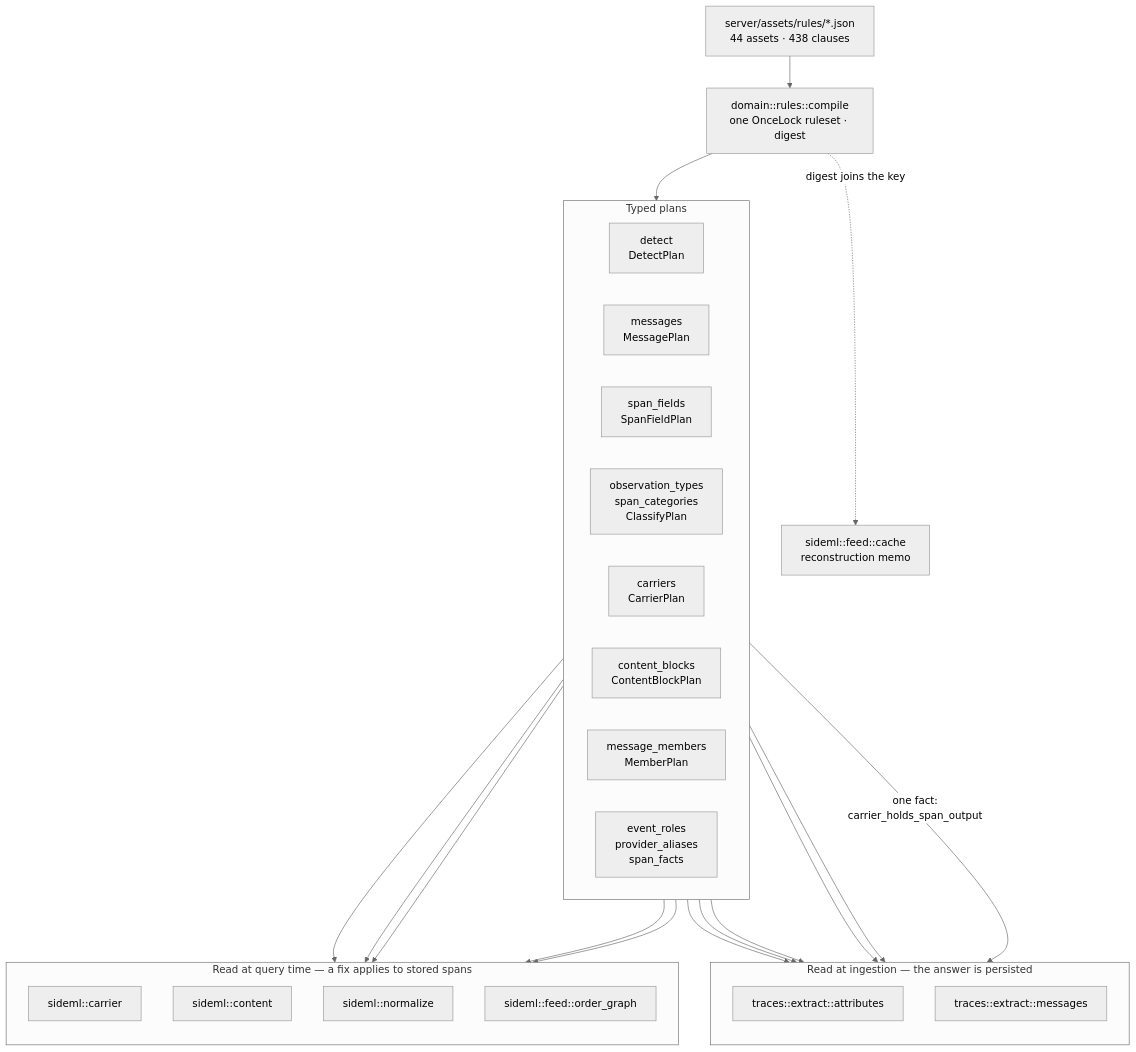
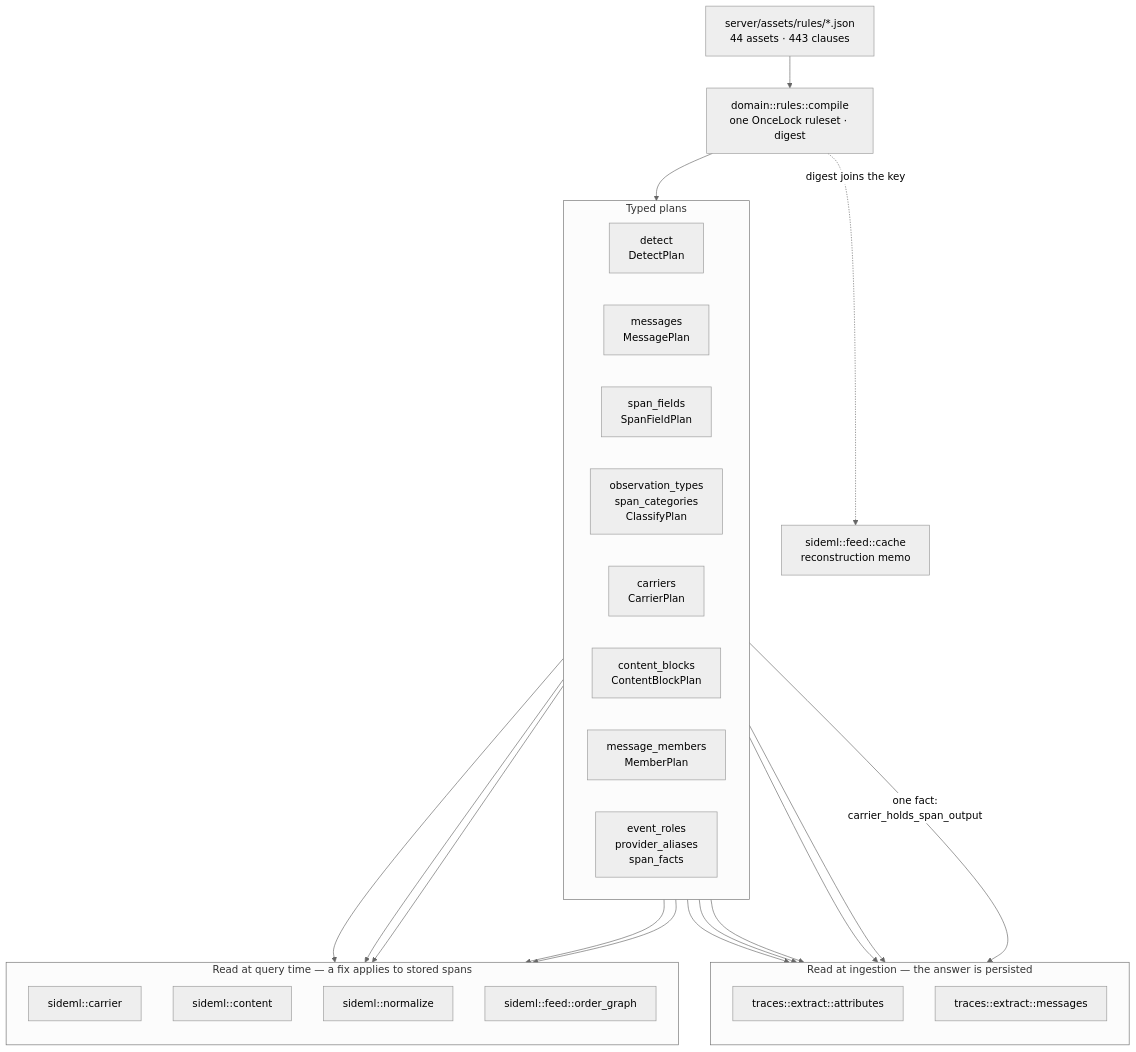
Before and after one commit to sideseat/sideseat: the first of 7 diagrams in docs/engineering/architecture-diagrams.md, drawn with Mermaid (neutral theme). The commit also changed other lines of this file and 105 other files, not shown here.

````diff
--- a/docs/engineering/architecture-diagrams.md
+++ b/docs/engineering/architecture-diagrams.md
@@ -18,47 +18,47 @@
 ```mermaid
 flowchart TB
-    assets["server/assets/rules/*.json<br/>44 assets · 438 clauses"]
+    assets["server/assets/rules/*.json<br/>44 assets · 443 clauses"]
     compile["domain::rules::compile<br/>one OnceLock ruleset · digest"]
     assets --> compile
 
     subgraph plans["Typed plans"]
         direction LR
         detect["detect<br/>DetectPlan"]
         messages["messages<br/>MessagePlan"]
         fields["span_fields<br/>SpanFieldPlan"]
         classify["observation_types<br/>span_categories<br/>ClassifyPlan"]
         carriers["carriers<br/>CarrierPlan"]
         blocks["content_blocks<br/>ContentBlockPlan"]
         members["message_members<br/>MemberPlan"]
         roles["event_roles<br/>provider_aliases<br/>span_facts"]
     end
     compile --> plans
 
     subgraph ingest["Read at ingestion — the answer is persisted"]
         direction TB
         attrs["traces::extract::attributes"]
         msgs["traces::extract::messages"]
     end
 
     subgraph query["Read at query time — a fix applies to stored spans"]
         direction TB
         carrier["sideml::carrier"]
         content["sideml::content"]
         normalize["sideml::normalize"]
         order["sideml::feed::order_graph"]
     end
 
     detect --> attrs
     fields --> attrs
     classify --> attrs
     roles --> attrs
     messages --> msgs
     carriers -->|"one fact:<br/>carrier_holds_span_output"| msgs
     carriers --> carrier
     carriers --> order
     blocks --> content
     members --> content
     roles --> normalize
 
     compile -. "digest joins the key" .-> cache["sideml::feed::cache<br/>reconstruction memo"]
 ```
````
